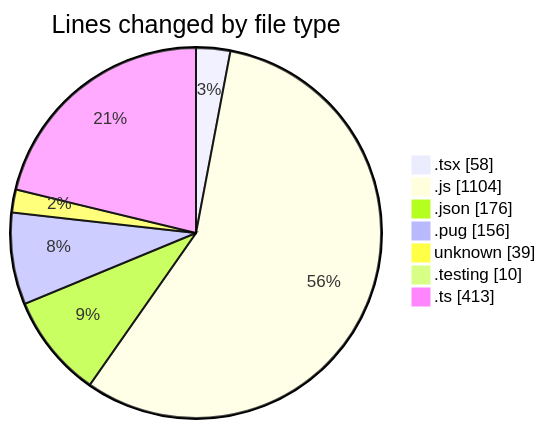
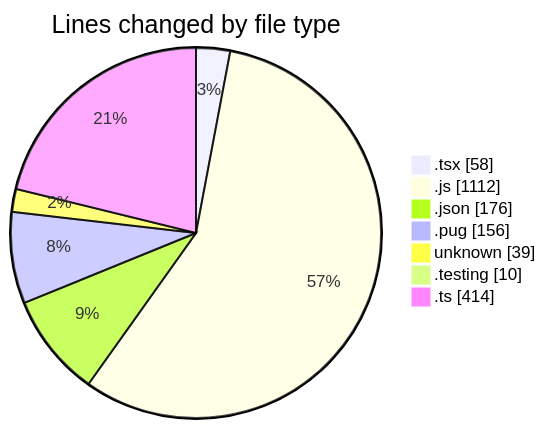
The first of 2 diagrams in 2025-03-07/cda/README.md (momahboobian/code-tracking), drawn with Mermaid before and after one commit. The commit also changed other lines of this file and 1 other file, not shown here.

````diff
--- a/2025-03-07/cda/README.md
+++ b/2025-03-07/cda/README.md
@@ -33,11 +33,11 @@
 ```mermaid
 pie showData
 title Lines changed by file type
 ".tsx" : 58
-".js" : 1104
+".js" : 1112
 ".json" : 176
 ".pug" : 156
 "unknown" : 39
 ".testing" : 10
-".ts" : 413
+".ts" : 414
 ```
````
